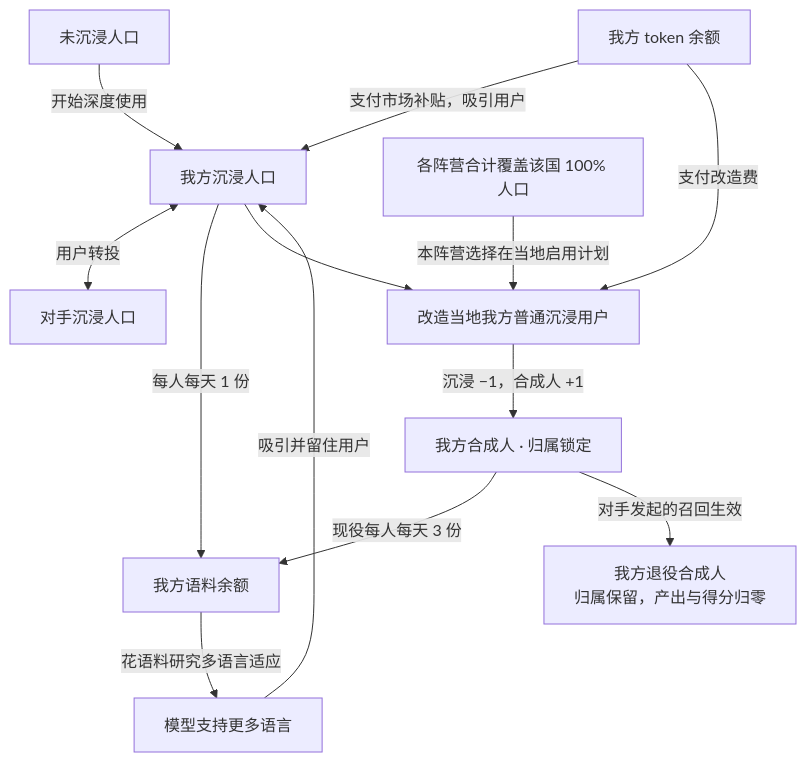
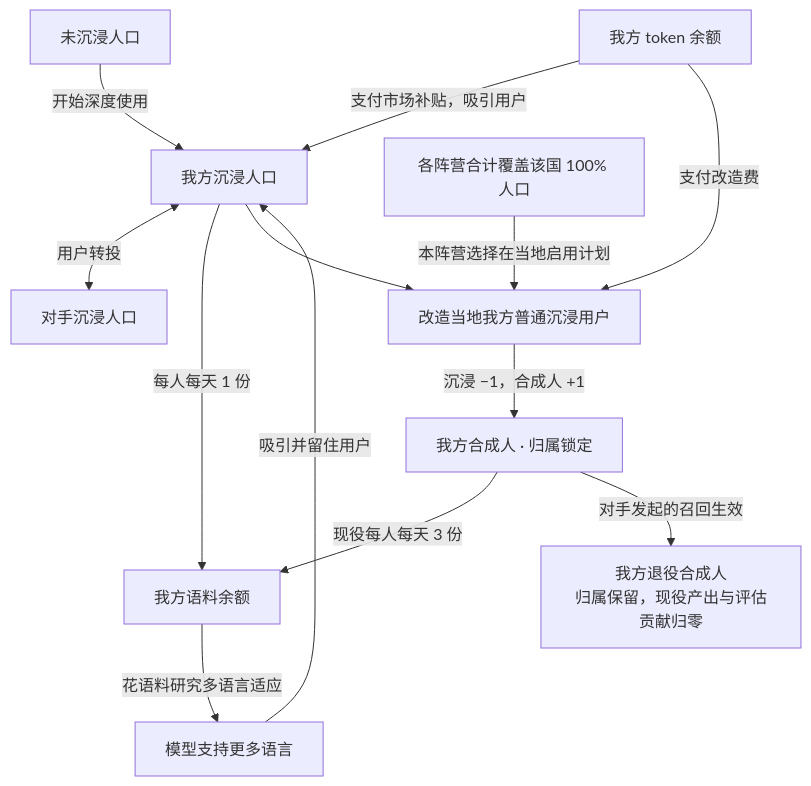
One commit to MixGeeker/si-inc changed the second of 3 diagrams in docs/gameplay-design.md. Above: the diagram before and after it, drawn with Mermaid. The commit also changed other lines of this file and 61 other files, not shown here.

````diff
--- a/docs/gameplay-design.md
+++ b/docs/gameplay-design.md
@@ -51,15 +53,15 @@
 ```mermaid
 flowchart TD
     Free["未沉浸人口"] -->|开始深度使用| Users["我方沉浸人口"]
     Users <-->|用户转投| Rival["对手沉浸人口"]
     Token["我方 token 余额"] -->|支付市场补贴，吸引用户| Users
     Users -->|每人每天 1 份| Data["我方语料余额"]
     Data -->|花语料研究多语言适应| Model["模型支持更多语言"]
     Model -->|吸引并留住用户| Users
     Country["各阵营合计覆盖该国 100% 人口"] -->|本阵营选择在当地启用计划| Convert["改造当地我方普通沉浸用户"]
     Token -->|支付改造费| Convert
     Users --> Convert
     Convert -->|沉浸 −1，合成人 +1| Synth["我方合成人 · 归属锁定"]
     Synth -->|现役每人每天 3 份| Data
-    Synth -->|对手发起的召回生效| Retired["我方退役合成人<br/>归属保留，产出与得分归零"]
+    Synth -->|对手发起的召回生效| Retired["我方退役合成人<br/>归属保留，现役产出与评估贡献归零"]
 ```
````
